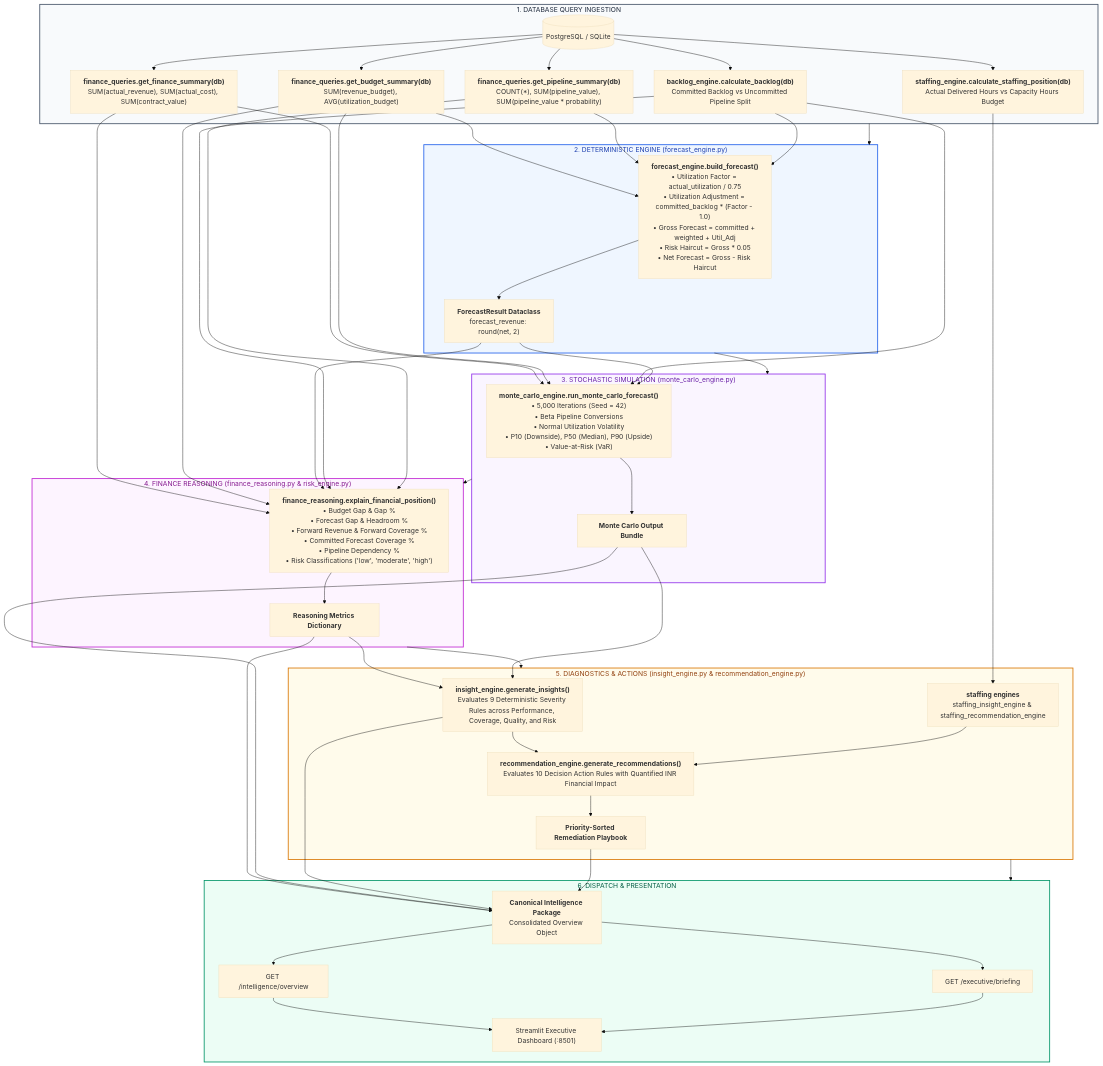
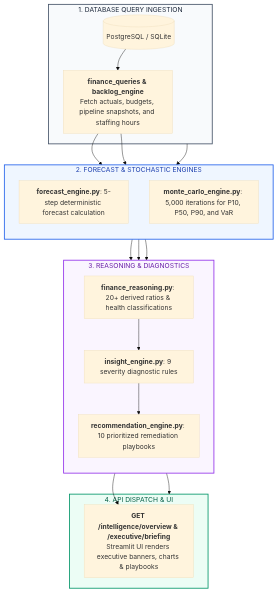
One commit to VED-VIVEK-TALMALEY/x-fin changed the second of 3 diagrams in docs/ARCHITECTURE.md. Above: the diagram before and after it, drawn with Mermaid (base theme). The commit also changed other lines of this file and 6 other files, not shown here.

````diff
--- a/docs/ARCHITECTURE.md
+++ b/docs/ARCHITECTURE.md
@@ -121,58 +66,35 @@
 ```mermaid
 flowchart TD
     subgraph Ingestion["1. DATABASE QUERY INGESTION"]
         DB[(PostgreSQL / SQLite)]
-        Q1["<b>finance_queries.get_finance_summary(db)</b><br/>SUM(actual_revenue), SUM(actual_cost), SUM(contract_value)"]
-        Q2["<b>finance_queries.get_budget_summary(db)</b><br/>SUM(revenue_budget), AVG(utilization_budget)"]
-        Q3["<b>finance_queries.get_pipeline_summary(db)</b><br/>COUNT(*), SUM(pipeline_value), SUM(pipeline_value * probability)"]
-        Q4["<b>backlog_engine.calculate_backlog(db)</b><br/>Committed Backlog vs Uncommitted Pipeline Split"]
-        Q5["<b>staffing_engine.calculate_staffing_position(db)</b><br/>Actual Delivered Hours vs Capacity Hours Budget"]
-
-        DB --> Q1 & Q2 & Q3 & Q4 & Q5
+        Q_ALL["<b>finance_queries & backlog_engine</b><br/>Fetch actuals, budgets, pipeline snapshots, and staffing hours"]
+        DB --> Q_ALL
     end
 
-    subgraph Deterministic["2. DETERMINISTIC ENGINE (forecast_engine.py)"]
-        F1["<b>forecast_engine.build_forecast()</b><br/>• Utilization Factor = actual_utilization / 0.75<br/>• Utilization Adjustment = committed_backlog * (Factor - 1.0)<br/>• Gross Forecast = committed + weighted + Util_Adj<br/>• Risk Haircut = Gross * 0.05<br/>• Net Forecast = Gross - Risk Haircut"]
-        Q2 & Q3 & Q4 --> F1
-        F1 --> F_OUT["<b>ForecastResult Dataclass</b><br/>forecast_revenue: round(net, 2)"]
+    subgraph Processing["2. FORECAST & STOCHASTIC ENGINES"]
+        direction TB
+        F1["<b>forecast_engine.py</b>: 5-step deterministic forecast calculation"]
+        MC1["<b>monte_carlo_engine.py</b>: 5,000 iterations for P10, P50, P90, and VaR"]
+        Q_ALL --> F1 & MC1
     end
 
-    subgraph Stochastic["3. STOCHASTIC SIMULATION (monte_carlo_engine.py)"]
-        MC1["<b>monte_carlo_engine.run_monte_carlo_forecast()</b><br/>• 5,000 Iterations (Seed = 42)<br/>• Beta Pipeline Conversions<br/>• Normal Utilization Volatility<br/>• P10 (Downside), P50 (Median), P90 (Upside)<br/>• Value-at-Risk (VaR)"]
-        Q1 & Q2 & Q4 & F_OUT --> MC1
-        MC1 --> MC_OUT["<b>Monte Carlo Output Bundle</b>"]
+    subgraph Reasoning["3. REASONING & DIAGNOSTICS"]
+        direction TB
+        R1["<b>finance_reasoning.py</b>: 20+ derived ratios & health classifications"]
+        I1["<b>insight_engine.py</b>: 9 severity diagnostic rules"]
+        REC1["<b>recommendation_engine.py</b>: 10 prioritized remediation playbooks"]
+        F1 & MC1 --> R1 --> I1 --> REC1
     end
 
-    subgraph ReasoningStage["4. FINANCE REASONING (finance_reasoning.py & risk_engine.py)"]
-        R1["<b>finance_reasoning.explain_financial_position()</b><br/>• Budget Gap & Gap %<br/>• Forecast Gap & Headroom %<br/>• Forward Revenue & Forward Coverage %<br/>• Committed Forecast Coverage %<br/>• Pipeline Dependency %<br/>• Risk Classifications ('low', 'moderate', 'high')"]
-        Q1 & Q2 & F_OUT & Q4 & Q3 --> R1
-        R1 --> R_OUT["<b>Reasoning Metrics Dictionary</b>"]
+    subgraph DeliveryStage["4. API DISPATCH & UI"]
+        EP["<b>GET /intelligence/overview & /executive/briefing</b><br/>Streamlit UI renders executive banners, charts & playbooks"]
+        REC1 --> EP
     end
 
-    subgraph Diagnostics["5. DIAGNOSTICS & ACTIONS (insight_engine.py & recommendation_engine.py)"]
-        I1["<b>insight_engine.generate_insights()</b><br/>Evaluates 9 Deterministic Severity Rules across Performance, Coverage, Quality, and Risk"]
-        REC1["<b>recommendation_engine.generate_recommendations()</b><br/>Evaluates 10 Decision Action Rules with Quantified INR Financial Impact"]
-        STF_REC["<b>staffing engines</b><br/>staffing_insight_engine & staffing_recommendation_engine"]
-        
-        R_OUT & MC_OUT --> I1 --> REC1
-        Q5 --> STF_REC --> REC1
-        REC1 --> REC_OUT["<b>Priority-Sorted Remediation Playbook</b>"]
-    end
-
-    subgraph DeliveryStage["6. DISPATCH & PRESENTATION"]
-        INTEL_PKG["<b>Canonical Intelligence Package</b><br/>Consolidated Overview Object"]
-        R_OUT & MC_OUT & I1 & REC_OUT --> INTEL_PKG
-        INTEL_PKG --> EP_INT["GET /intelligence/overview"]
-        INTEL_PKG --> EP_EX["GET /executive/briefing"]
-        EP_INT & EP_EX --> UI["Streamlit Executive Dashboard (:8501)"]
-    end
-
-    Ingestion --> Deterministic --> Stochastic --> ReasoningStage --> Diagnostics --> DeliveryStage
+    Ingestion --> Processing --> Reasoning --> DeliveryStage
 
     style Ingestion fill:#F8FAFC,stroke:#475569,stroke-width:2px,color:#1E293B
-    style Deterministic fill:#EFF6FF,stroke:#2563EB,stroke-width:2px,color:#1E40AF
-    style Stochastic fill:#FAF5FF,stroke:#9333EA,stroke-width:2px,color:#6B21A8
-    style ReasoningStage fill:#FDF4FF,stroke:#C026D3,stroke-width:2px,color:#86198F
-    style Diagnostics fill:#FFFBEB,stroke:#D97706,stroke-width:2px,color:#92400E
+    style Processing fill:#EFF6FF,stroke:#2563EB,stroke-width:2px,color:#1E40AF
+    style Reasoning fill:#FAF5FF,stroke:#9333EA,stroke-width:2px,color:#6B21A8
     style DeliveryStage fill:#ECFDF5,stroke:#059669,stroke-width:2px,color:#065F46
 ```
````
